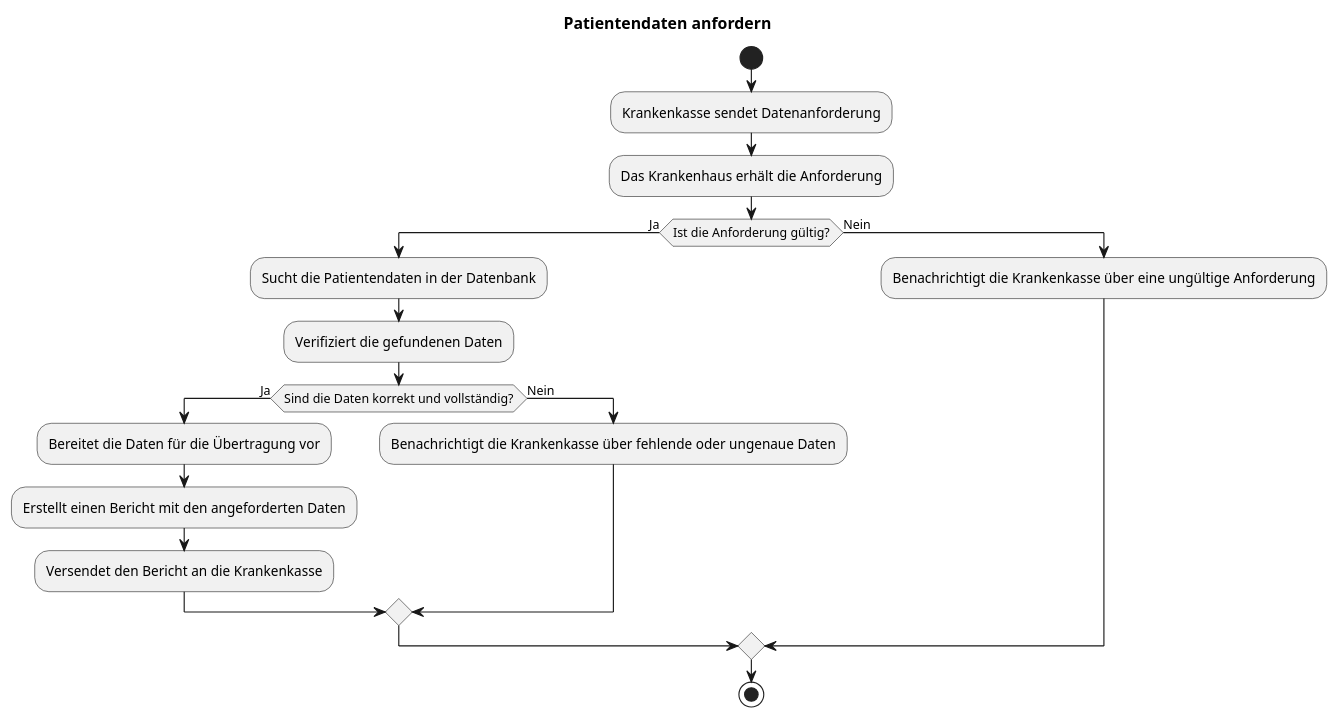
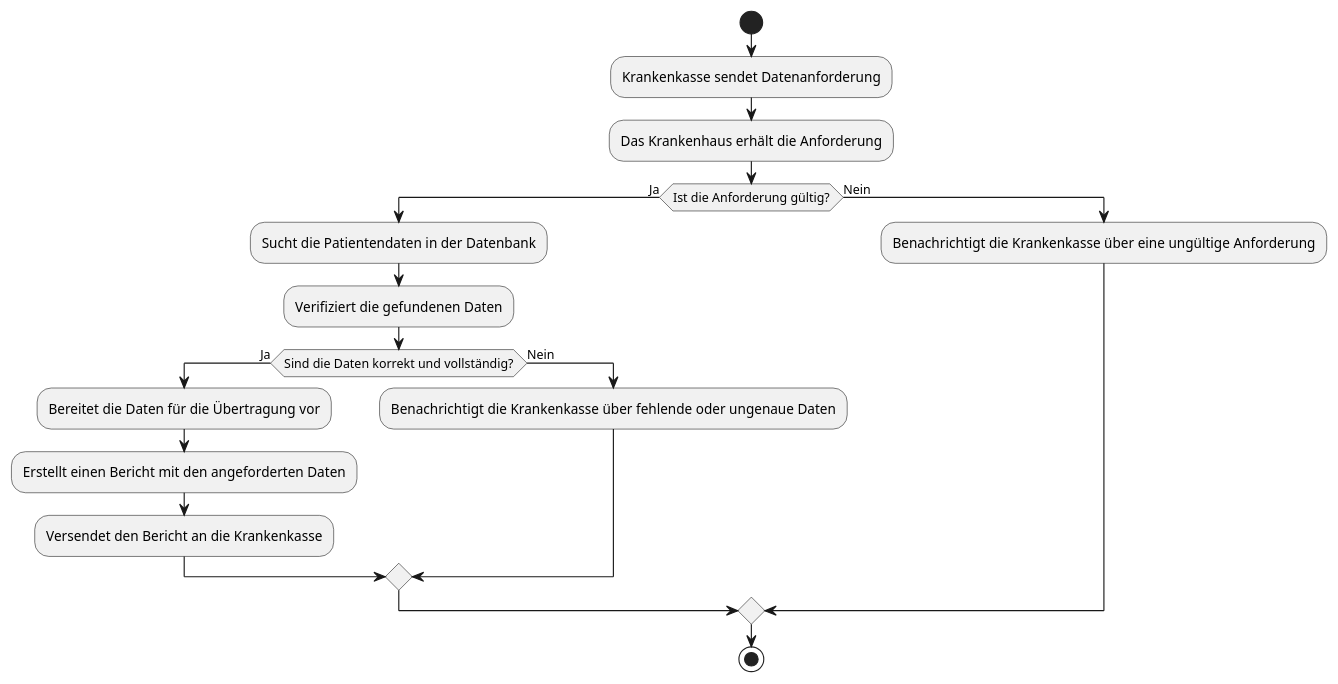
Before and after one commit to helenlaible/ss23-kba-project: diagram 14 of 14 in docs/2_planning/3_activity_diagrams.md, drawn with PlantUML. The commit also changed other lines of this file, not shown here.

````diff
--- a/docs/2_planning/3_activity_diagrams.md
+++ b/docs/2_planning/3_activity_diagrams.md
@@ -372,27 +370,26 @@
 ```plantuml
 @startuml
-title Patientendaten anfordern
 
 start
 
 :Krankenkasse sendet Datenanforderung;
 
 :Das Krankenhaus erhält die Anforderung;
 
 if (Ist die Anforderung gültig?) then (Ja)
   :Sucht die Patientendaten in der Datenbank;
   :Verifiziert die gefundenen Daten;
   if (Sind die Daten korrekt und vollständig?) then (Ja)
     :Bereitet die Daten für die Übertragung vor;
     :Erstellt einen Bericht mit den angeforderten Daten;
 :Versendet den Bericht an die Krankenkasse;
   else (Nein)
     :Benachrichtigt die Krankenkasse über fehlende oder ungenaue Daten;
   endif
 else (Nein)
   :Benachrichtigt die Krankenkasse über eine ungültige Anforderung;
 endif
 
 stop
 @enduml
 ```
````
